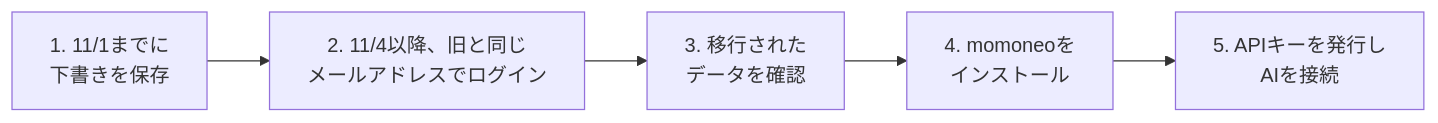
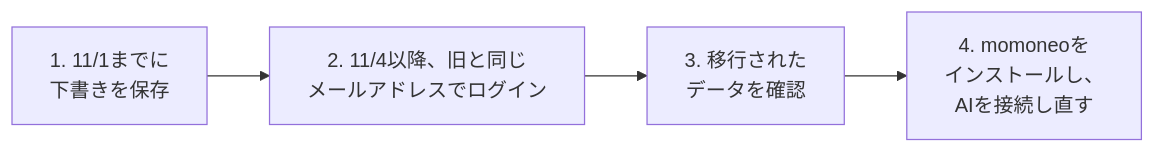
The third of 4 diagrams in docs/v1-to-v2-migration.ja.md (framgia/momorph-support), drawn with Mermaid before and after one commit. The commit also changed other lines of this file and 14 other files, not shown here.

````diff
--- a/docs/v1-to-v2-migration.ja.md
+++ b/docs/v1-to-v2-migration.ja.md
@@ -101,4 +73,4 @@
 ```mermaid
 flowchart LR
-  A["1. 11/1までに<br>下書きを保存"] --> B["2. 11/4以降、旧と同じ<br>メールアドレスでログイン"] --> C["3. 移行された<br>データを確認"] --> D["4. momoneoを<br>インストール"] --> E["5. APIキーを発行し<br>AIを接続"]
+  A["1. 11/1までに<br>下書きを保存"] --> B["2. 11/4以降、旧と同じ<br>メールアドレスでログイン"] --> C["3. 移行された<br>データを確認"] --> D["4. momoneoを<br>インストールし、<br>AIを接続し直す"]
 ```
````
